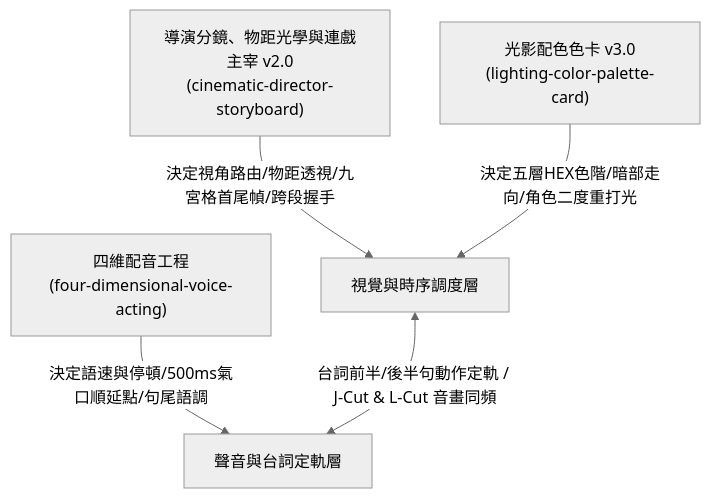
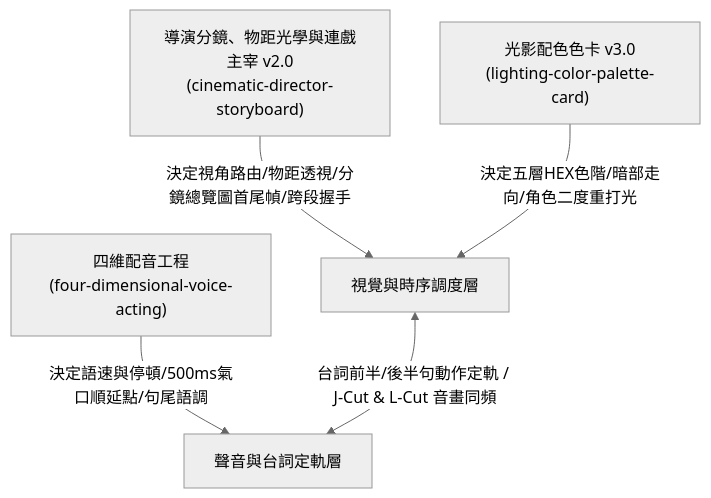
One commit to ayase0307/ai-comic-drama changed the second of 2 diagrams in references/storyboard/cinematic-director.md. Above: the diagram before and after it, drawn with Mermaid (neutral theme). The commit also changed other lines of this file and 22 other files, not shown here.

Commit message:
PR-3：階段 4 構圖改逐鏡 panel＋依段總覽，移除硬性 3x3 九宮格用語（議題 1、#41）

````diff
--- a/references/storyboard/cinematic-director.md
+++ b/references/storyboard/cinematic-director.md
@@ -128,7 +128,7 @@
 ```mermaid
 graph TD
-    A["導演分鏡、物距光學與連戲主宰 v2.0<br/>(cinematic-director-storyboard)"] -->|決定視角路由/物距透視/九宮格首尾幀/跨段握手| B["視覺與時序調度層"]
+    A["導演分鏡、物距光學與連戲主宰 v2.0<br/>(cinematic-director-storyboard)"] -->|決定視角路由/物距透視/分鏡總覽圖首尾幀/跨段握手| B["視覺與時序調度層"]
     C["光影配色色卡 v3.0<br/>(lighting-color-palette-card)"] -->|決定五層HEX色階/暗部走向/角色二度重打光| B
     D["四維配音工程<br/>(four-dimensional-voice-acting)"] -->|決定語速與停頓/500ms氣口順延點/句尾語調| E["聲音與台詞定軌層"]
     B <-->|台詞前半/後半句動作定軌 / J-Cut & L-Cut 音畫同頻| E
 ```
````
